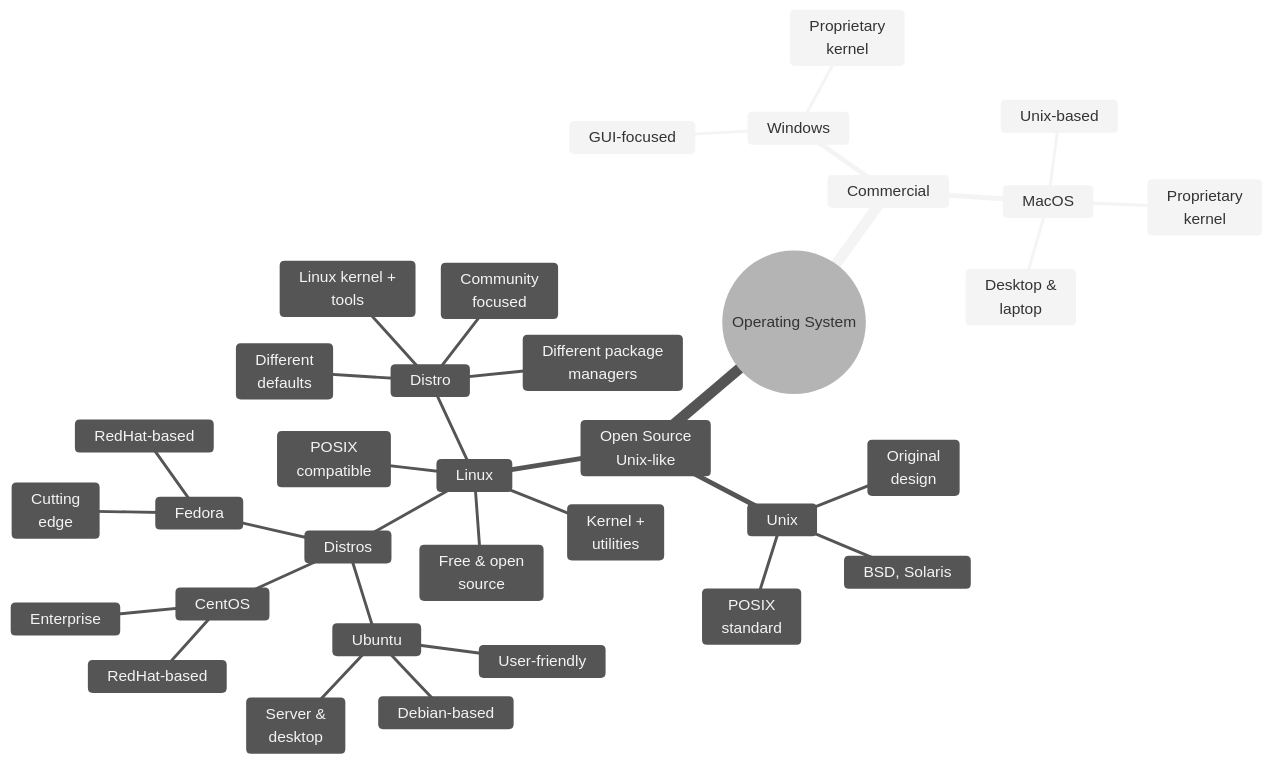
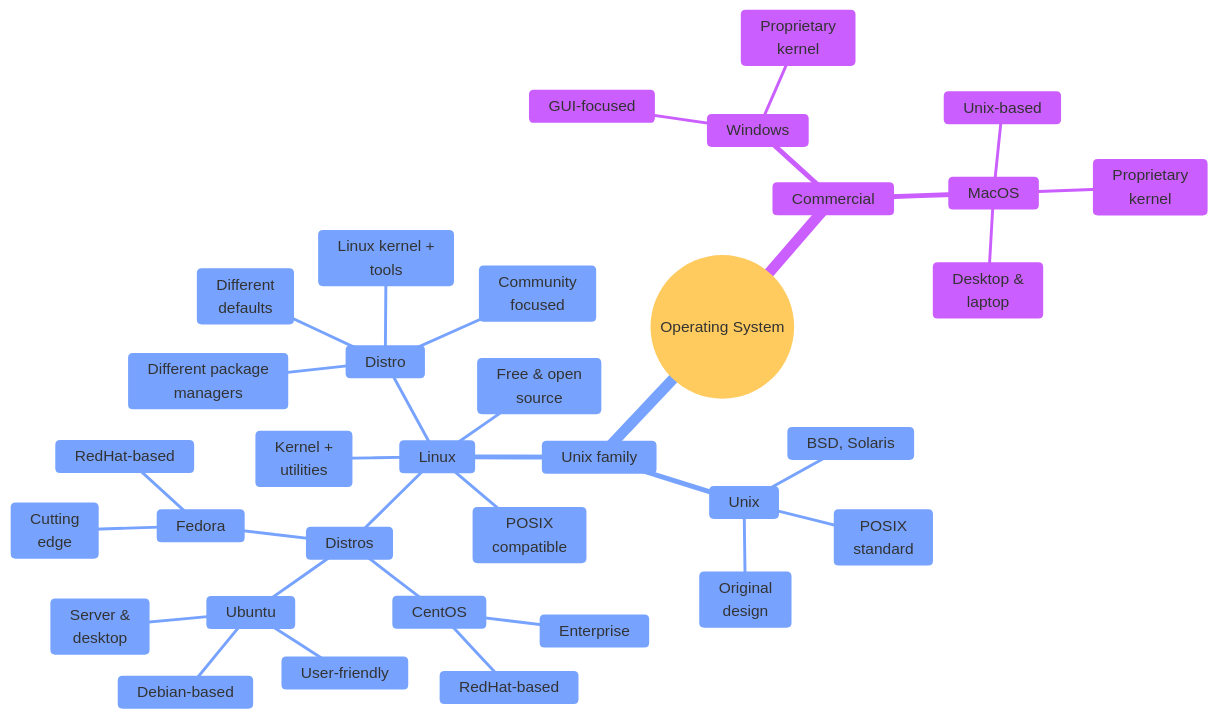
One commit to mjfrigaard/do4ds-labs changed the fourth of 4 diagrams in lab09.qmd. Above: the diagram before and after it, drawn with Mermaid. The commit also changed other lines of this file and 510 other files, not shown here.

````diff
--- a/lab09.qmd
+++ b/lab09.qmd
@@ -160,42 +160,42 @@
 ```{mermaid}
 %%| fig-cap: 'Operating System Family Tree'
 %%| fig-width: 8.0
 %%| fig-align: 'center'
-%%{init: {'theme': 'neutral', 'themeVariables': {'fontFamily': 'monospace'}}}%%
+%%{init: {'theme': 'base', 'themeVariables': {'fontFamily': 'monospace'}}}%%
 
 mindmap
   root((Operating System))
     Commercial
       Windows
         GUI-focused
         Proprietary<br>kernel
       MacOS
         Unix-based
         Proprietary<br>kernel
         Desktop &<br>laptop
-    Open Source<br>Unix-like
+    Unix family
       Unix
         Original<br>design
         POSIX<br>standard
         BSD, Solaris
       Linux
         Free & open<br>source
         POSIX<br>compatible
         Kernel +<br>utilities
         Distros
           Ubuntu
             Debian-based
             User-friendly
             Server &<br>desktop
           CentOS
             RedHat-based
             Enterprise
           Fedora
             Cutting<br>edge
             RedHat-based
         Distro
           Linux kernel +<br>tools
           Different package<br>managers
           Different<br>defaults
           Community<br>focused
 ```
````
